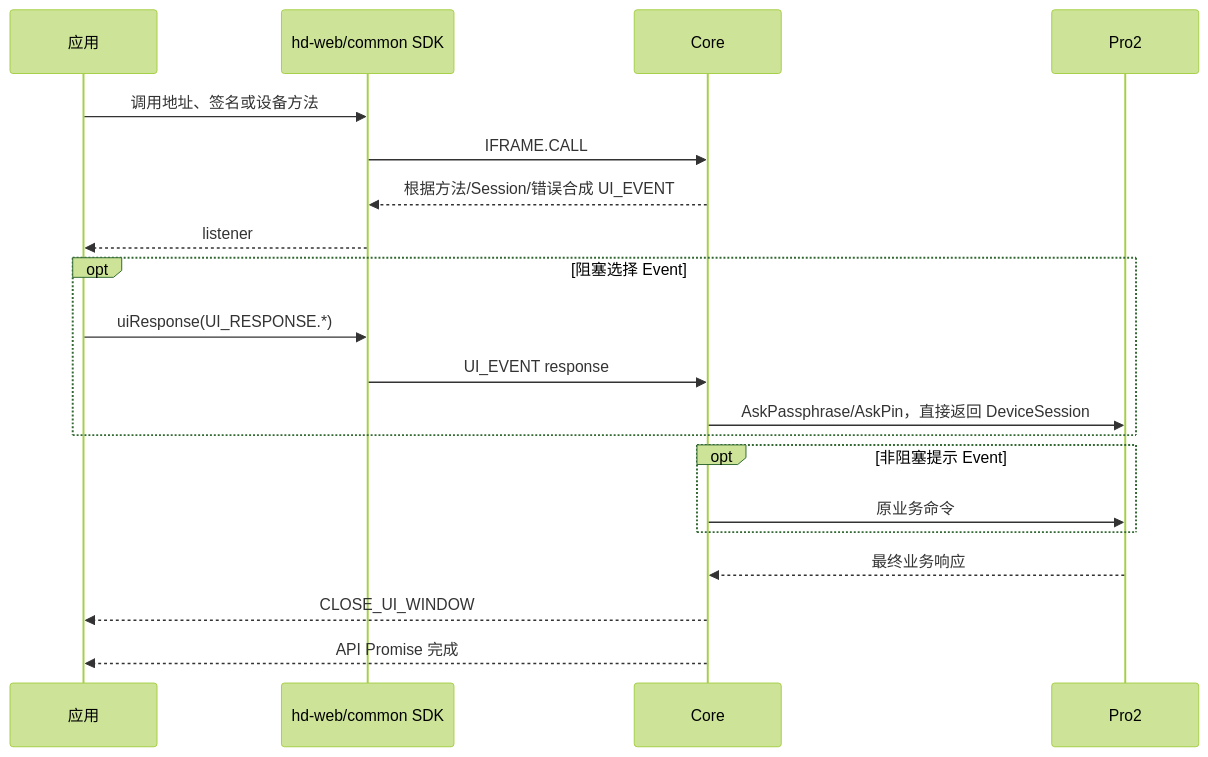
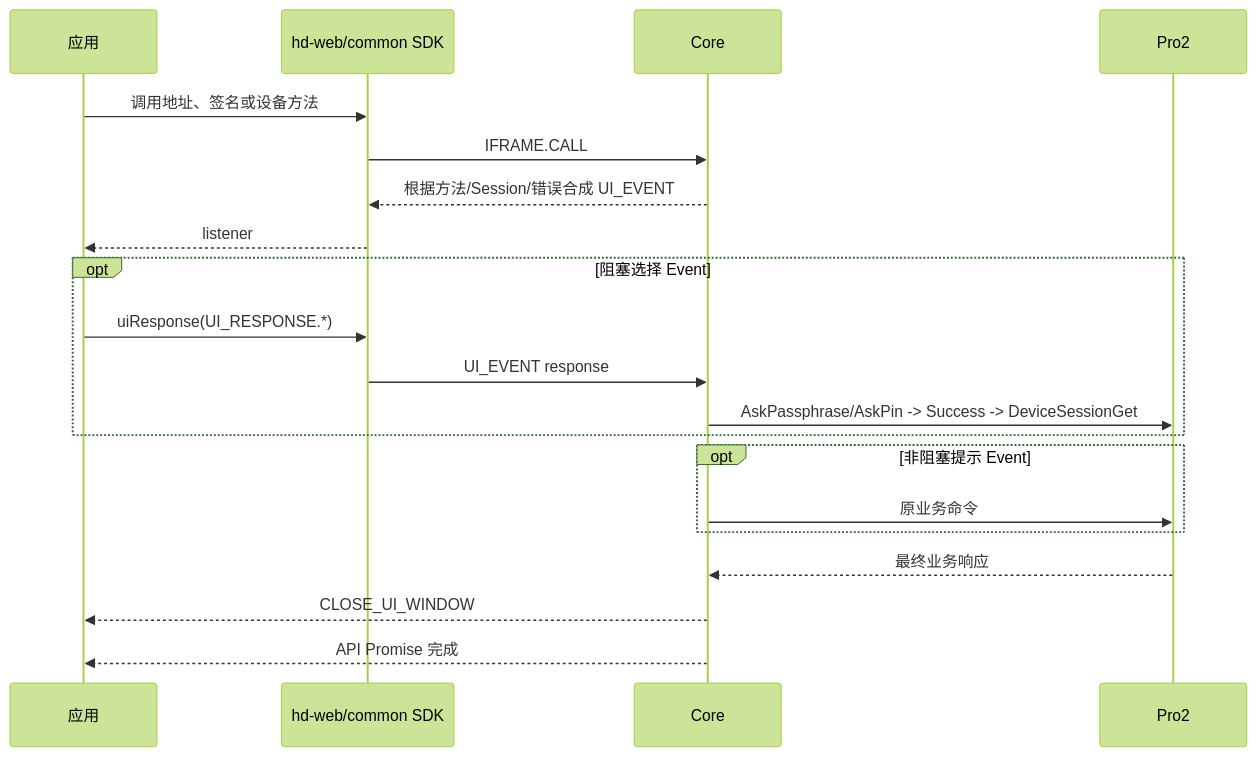
Before and after one commit to OneKeyHQ/hardware-js-sdk: the second of 2 diagrams in docs/sdk/events.md, drawn with Mermaid (forest theme). The commit also changed other lines of this file and 13 other files, not shown here.

````diff
--- a/docs/sdk/events.md
+++ b/docs/sdk/events.md
@@ -114,23 +114,23 @@
 ```mermaid
 sequenceDiagram
   participant App as 应用
   participant SDK as hd-web/common SDK
   participant Core
   participant Device as Pro2
 
   App->>SDK: 调用地址、签名或设备方法
   SDK->>Core: IFRAME.CALL
   Core-->>SDK: 根据方法/Session/错误合成 UI_EVENT
   SDK-->>App: listener
   opt 阻塞选择 Event
     App->>SDK: uiResponse(UI_RESPONSE.*)
     SDK->>Core: UI_EVENT response
-    Core->>Device: AskPassphrase/AskPin，直接返回 DeviceSession
+    Core->>Device: AskPassphrase/AskPin -> Success -> DeviceSessionGet
   end
   opt 非阻塞提示 Event
     Core->>Device: 原业务命令
   end
   Device-->>Core: 最终业务响应
   Core-->>App: CLOSE_UI_WINDOW
   Core-->>App: API Promise 完成
 ```
````
